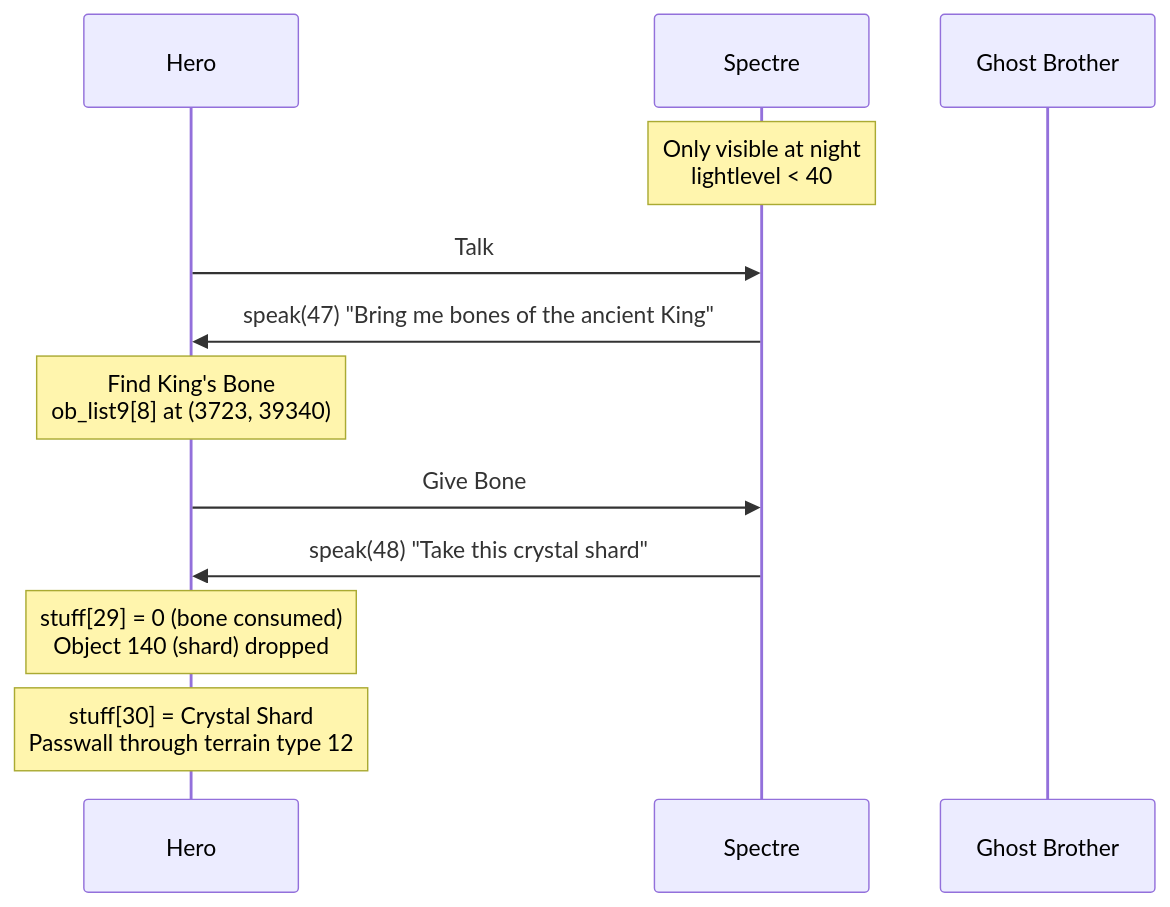
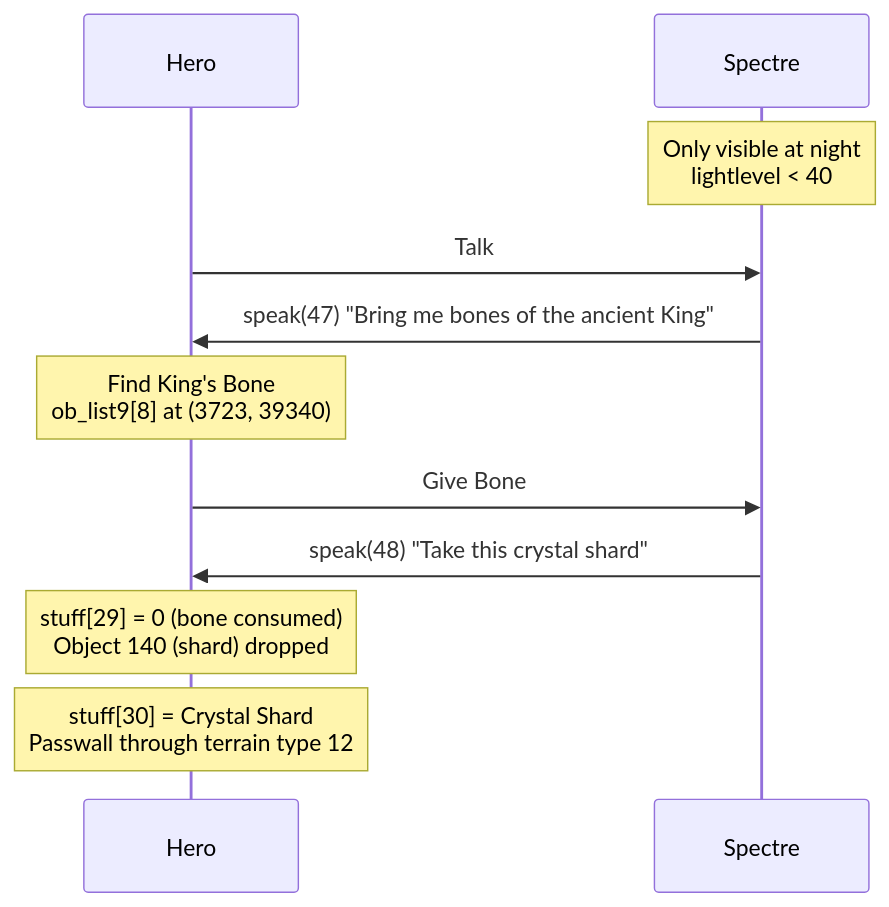
One commit to bacomatic/faery-tale-rs changed diagram 16 of 24 in docs/STORYLINE.md. Above: the diagram before and after it, drawn with Mermaid.

Commit message:
Remove ghost brother from spectre/bone exchange diagram
The ghost brother has no role in the spectre questline.

````diff
--- a/docs/STORYLINE.md
+++ b/docs/STORYLINE.md
@@ -507,18 +507,17 @@
 ```mermaid
 sequenceDiagram
     participant Hero
     participant Spectre
-    participant Ghost as Ghost Brother
 
     Note over Spectre: Only visible at night<br>lightlevel < 40
 
     Hero->>Spectre: Talk
     Spectre->>Hero: speak(47) "Bring me bones of the ancient King"
 
     Note over Hero: Find King's Bone<br>ob_list9[8] at (3723, 39340)
 
     Hero->>Spectre: Give Bone
     Spectre->>Hero: speak(48) "Take this crystal shard"
     Note over Hero: stuff[29] = 0 (bone consumed)<br>Object 140 (shard) dropped
     Note over Hero: stuff[30] = Crystal Shard<br>Passwall through terrain type 12
 ```
````
